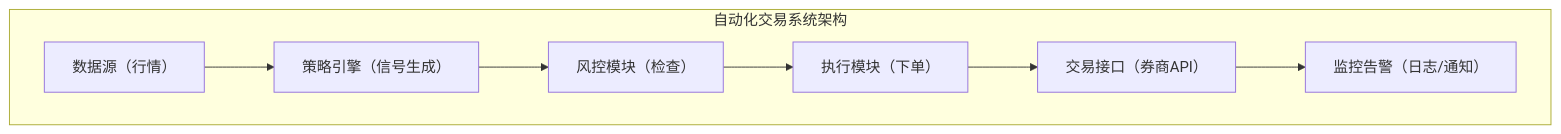
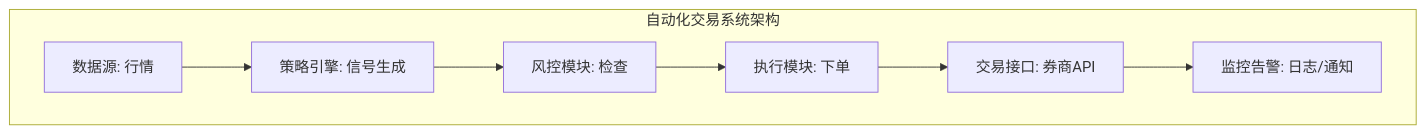
The tenth of 13 diagrams in content/articles/quant/quant-02-中低频量化交易最佳实践.md (jpixy/jpixy.github.io), drawn with Mermaid before and after one commit. The commit also changed other lines of this file and 66 other files, not shown here.

Commit message:
fix: resolve Mermaid syntax errors by removing parentheses in node labels

````diff
--- a/content/articles/quant/quant-02-中低频量化交易最佳实践.md
+++ b/content/articles/quant/quant-02-中低频量化交易最佳实践.md
@@ -309,10 +309,10 @@
 ```mermaid
 graph TB
     subgraph 系统架构["自动化交易系统架构"]
-        A["数据源（行情）"] --> B["策略引擎（信号生成）"]
-        B --> C["风控模块（检查）"]
-        C --> D["执行模块（下单）"]
-        D --> E["交易接口（券商API）"]
-        E --> F["监控告警（日志/通知）"]
+        A["数据源: 行情"] --> B["策略引擎: 信号生成"]
+        B --> C["风控模块: 检查"]
+        C --> D["执行模块: 下单"]
+        D --> E["交易接口: 券商API"]
+        E --> F["监控告警: 日志/通知"]
     end
 ```
````
